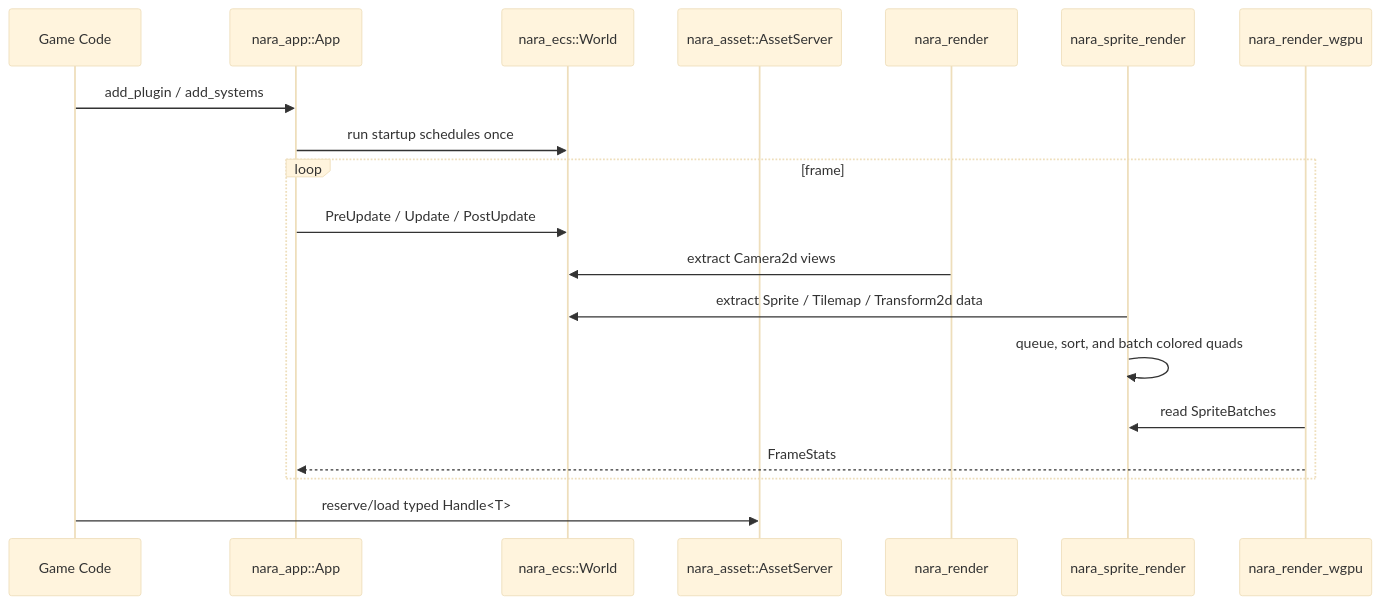
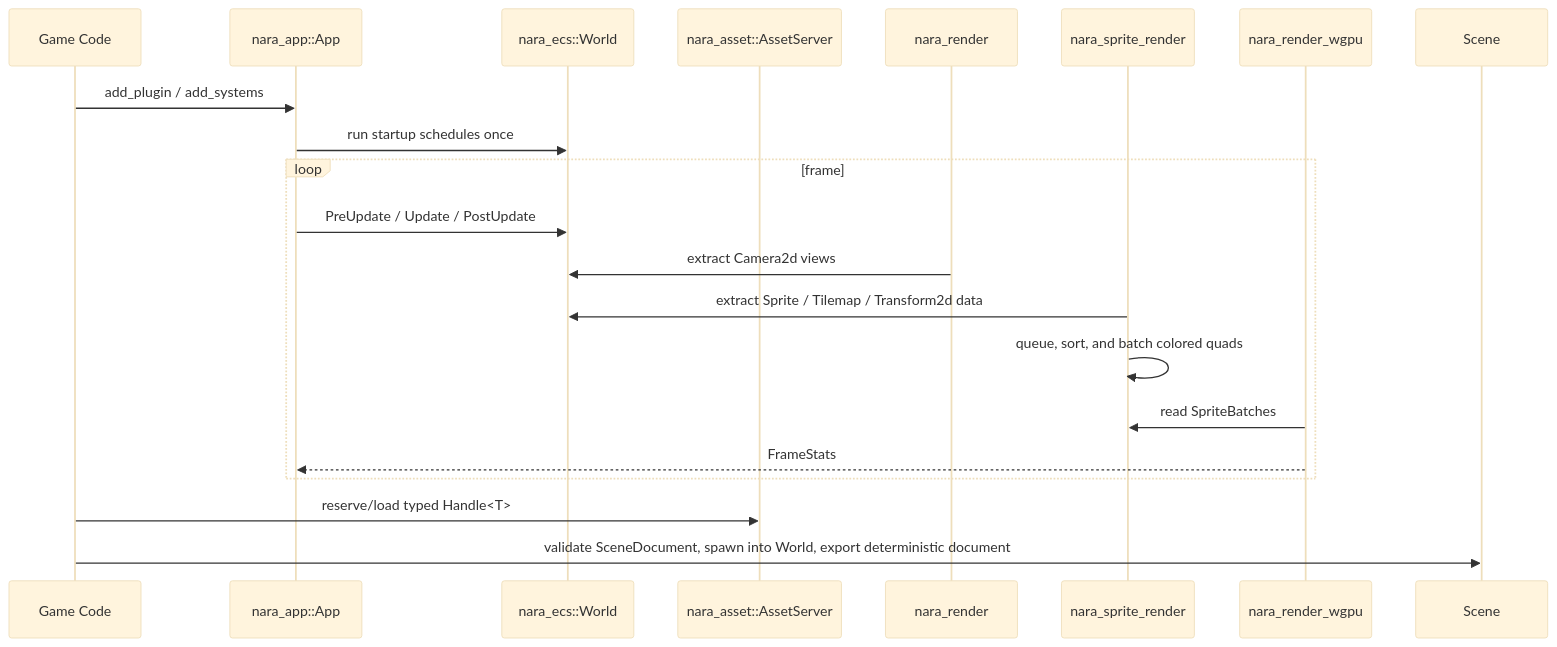
Before and after one commit to Latias94/nara: the second of 2 diagrams in docs/architecture/nara-foundation.md, drawn with Mermaid (base theme). The commit also changed other lines of this file and 9 other files, not shown here.

````diff
--- a/docs/architecture/nara-foundation.md
+++ b/docs/architecture/nara-foundation.md
@@ -90,22 +90,23 @@
 ```mermaid
 sequenceDiagram
     participant Game as Game Code
     participant App as nara_app::App
     participant ECS as nara_ecs::World
     participant Asset as nara_asset::AssetServer
     participant Render as nara_render
     participant SpriteRender as nara_sprite_render
     participant Wgpu as nara_render_wgpu
 
     Game->>App: add_plugin / add_systems
     App->>ECS: run startup schedules once
     loop frame
         App->>ECS: PreUpdate / Update / PostUpdate
         Render->>ECS: extract Camera2d views
         SpriteRender->>ECS: extract Sprite / Tilemap / Transform2d data
         SpriteRender->>SpriteRender: queue, sort, and batch colored quads
         Wgpu->>SpriteRender: read SpriteBatches
         Wgpu-->>App: FrameStats
     end
     Game->>Asset: reserve/load typed Handle<T>
+    Game->>Scene: validate SceneDocument, spawn into World, export deterministic document
 ```
````
